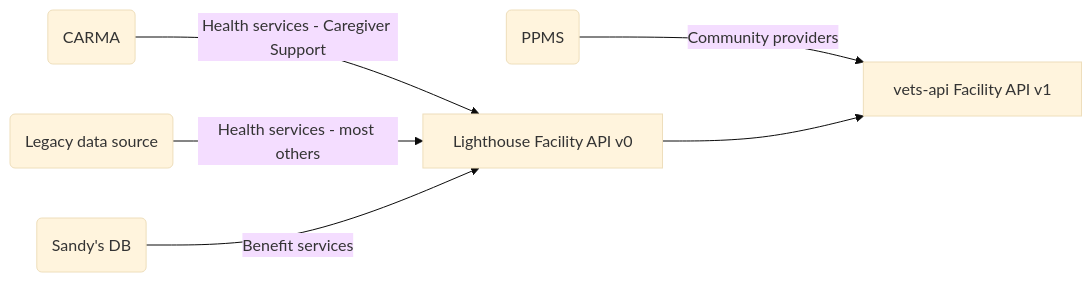
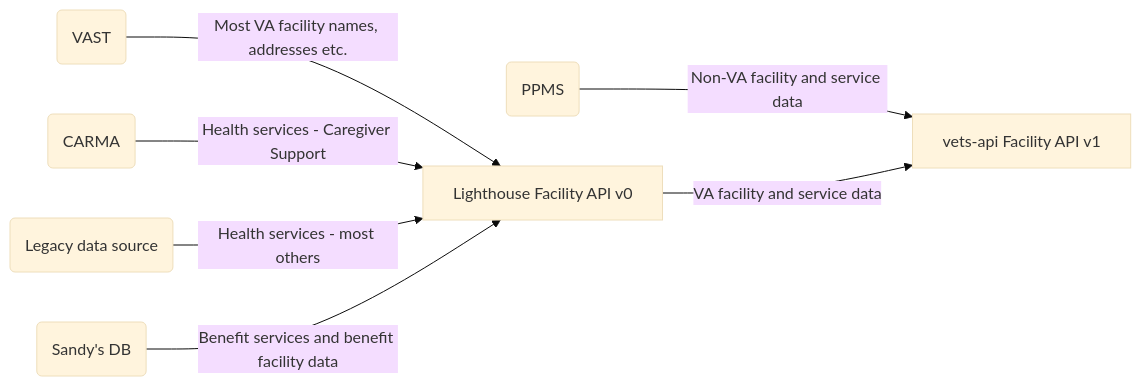
The first of 2 diagrams in products/facilities/facilities-api/README.md (department-of-veterans-affairs/va.gov-team), drawn with Mermaid (base theme) before and after one commit. The commit also changed other lines of this file, not shown here.

````diff
--- a/products/facilities/facilities-api/README.md
+++ b/products/facilities/facilities-api/README.md
@@ -19,10 +19,11 @@
 ```mermaid
 flowchart LR
+    O(VAST) -->|Most VA facility names, addresses etc.| V
     P(CARMA) --> |Health services - Caregiver Support| V
     R(Legacy data source) -->|Health services - most others| V
-    S(Sandy's DB)-->|Benefit services| V
-    U(PPMS) -->|Community providers| X
-    V[Lighthouse Facility API v0] --> X
+    S(Sandy's DB)-->|Benefit services and benefit facility data| V
+    U(PPMS) -->|Non-VA facility and service data| X
+    V[Lighthouse Facility API v0] -->|VA facility and service data| X
     X[vets-api Facility API v1]
 
 ```
````
